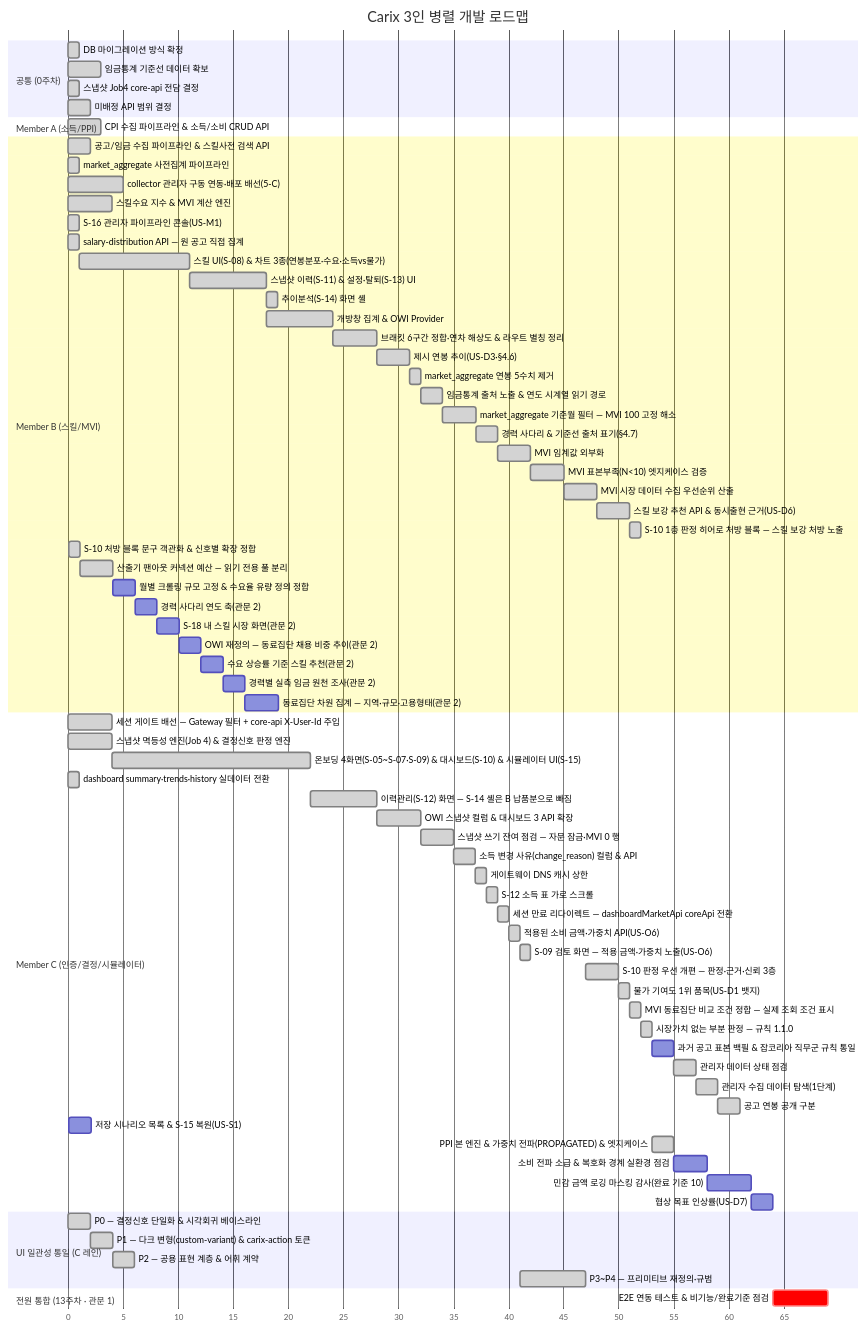
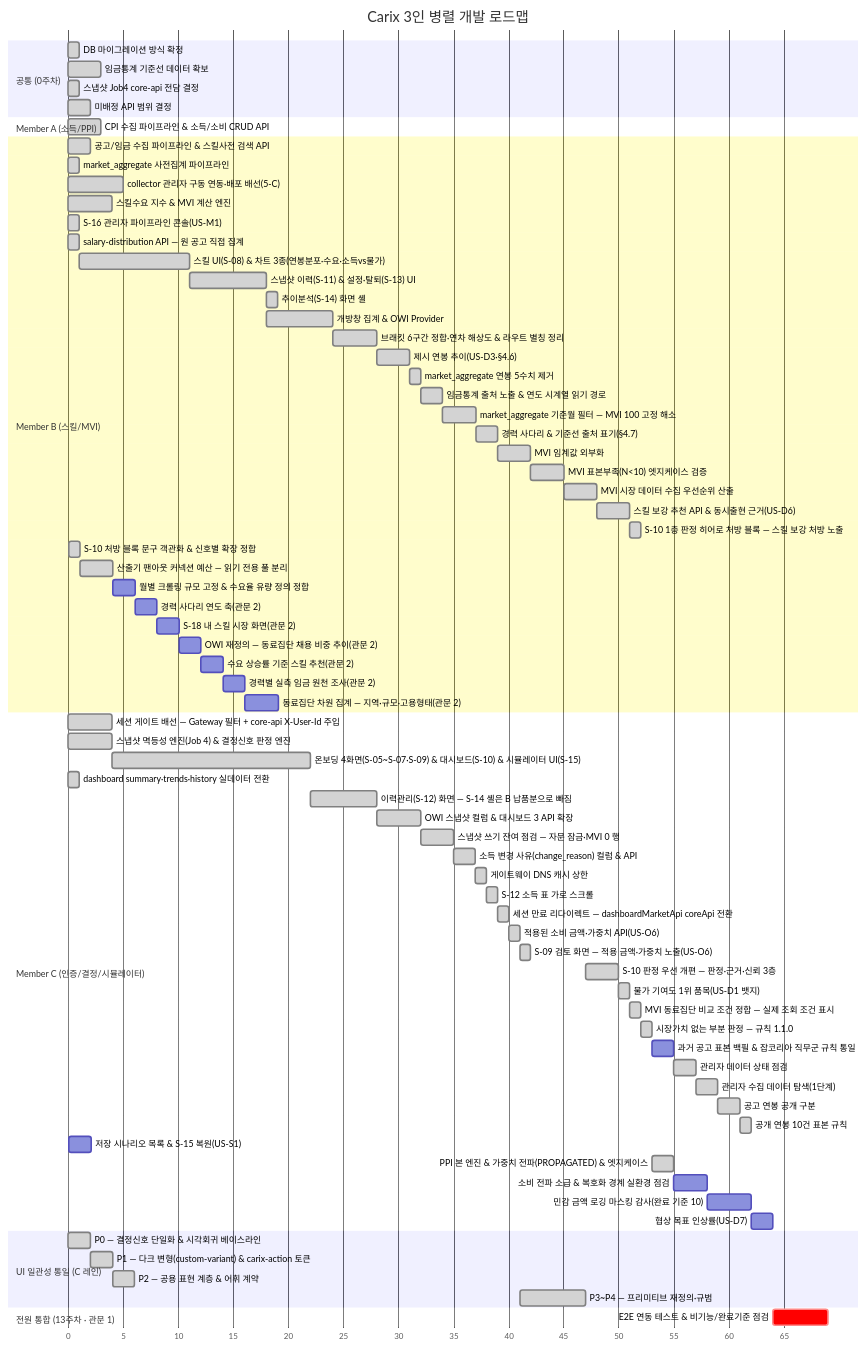
One commit to SeoHyeokGyu/Carix changed the first of 2 diagrams in docs/plans/carix-dev-plan.md. Above: the diagram before and after it, drawn with Mermaid. The commit also changed other lines of this file and 3 other files, not shown here.

````diff
--- a/docs/plans/carix-dev-plan.md
+++ b/docs/plans/carix-dev-plan.md
@@ -94,78 +94,79 @@
 ```mermaid
 gantt
     title Carix 3인 병렬 개발 로드맵
     dateFormat X
     axisFormat %s
     section 공통 (0주차)
     DB 마이그레이션 방식 확정 :done, c0a, 0, 1s
     임금통계 기준선 데이터 확보 :done, a0, 3, 3s
     스냅샷 Job4 core-api 전담 결정 :done, i0, 7, 1s
     미배정 API 범위 결정 :done, c0, 7, 2s
     section Member A (소득/PPI)
     CPI 수집 파이프라인 & 소득/소비 CRUD API :done, a1, 12, 3s
     section Member B (스킬/MVI)
     공고/임금 수집 파이프라인 & 스킬사전 검색 API :done, b1, 2, 2s
     market_aggregate 사전집계 파이프라인 :done, b2a, 3, 1s
     collector 관리자 구동 연동·배포 배선(5-C) :done, b0, 7, 5s
     스킬수요 지수 & MVI 계산 엔진 :done, b2, 8, 4s
     S-16 관리자 파이프라인 콘솔(US-M1) :done, b16, 14, 1s
     salary-distribution API — 원 공고 직접 집계 :done, b3a, 15, 1s
     스킬 UI(S-08) & 차트 3종(연봉분포·수요·소득vs물가) :done, b3, after b3a, 10s
     스냅샷 이력(S-11) & 설정·탈퇴(S-13) UI :done, b4, after b3, 7s
     추이분석(S-14) 화면 셸 :done, b4a, after b4, 1s
     개방창 집계 & OWI Provider :done, b6, after b4, 6s
     브래킷 6구간 정합·연차 해상도 & 라우트 별칭 정리 :done, b7, after b6, 4s
     제시 연봉 추이(US-D3·§4.6) :done, b10, after b7, 3s
     market_aggregate 연봉 5수치 제거 :done, b11, after b10, 1s
     임금통계 출처 노출 & 연도 시계열 읽기 경로 :done, b13, after b11, 2s
     market_aggregate 기준월 필터 — MVI 100 고정 해소 :done, b18, after b13, 3s
     경력 사다리 & 기준선 출처 표기(§4.7) :done, b12, after b18, 2s
     MVI 임계값 외부화 :done, b8, after b12, 3s
     MVI 표본부족(N<10) 엣지케이스 검증 :done, b8a, after b8, 3s
     MVI 시장 데이터 수집 우선순위 산출 :done, b8b, after b8a, 3s
     스킬 보강 추천 API & 동시출현 근거(US-D6) :done, b9, after b8b, 3s
     S-10 1층 판정 히어로 처방 블록 — 스킬 보강 처방 노출 :done, b15, after b9, 1s
     S-10 처방 블록 문구 객관화 & 신호별 확장 정합 :done, b20, 83, 1s
     산출기 팬아웃 커넥션 예산 — 읽기 전용 풀 분리 :done, b17, after b20, 3s
     월별 크롤링 규모 고정 & 수요율 유량 정의 정합 :b21, after b17, 2s
     경력 사다리 연도 축(관문 2) :b14, after b21, 2s
     S-18 내 스킬 시장 화면(관문 2) :b19, after b14, 2s
     OWI 재정의 — 동료집단 채용 비중 추이(관문 2) :b22, after b19, 2s
     수요 상승률 기준 스킬 추천(관문 2) :b23, after b22, 2s
     경력별 실측 임금 원천 조사(관문 2) :b24, after b23, 2s
     동료집단 차원 집계 — 지역·규모·고용형태(관문 2) :b25, after b24, 3s
     section Member C (인증/결정/시뮬레이터)
     세션 게이트 배선 — Gateway 필터 + core-api X-User-Id 주입 :done, c0b, 7, 4s
     스냅샷 멱등성 엔진(Job 4) & 결정신호 판정 엔진 :done, c2, 8, 4s
     온보딩 4화면(S-05~S-07·S-09) & 대시보드(S-10) & 시뮬레이터 UI(S-15) :done, c3, after c2, 18s
     dashboard summary·trends·history 실데이터 전환 :done, c4a, 15, 1s
     이력관리(S-12) 화면 — S-14 셸은 B 납품분으로 빠짐 :done, c4, after c3, 6s
     OWI 스냅샷 컬럼 & 대시보드 3 API 확장 :done, c6, after c4, 4s
     스냅샷 쓰기 잔여 점검 — 자문 잠금·MVI 0 행 :done, c5, after c6, 3s
     소득 변경 사유(change_reason) 컬럼 & API :done, c10, after c5, 2s
     게이트웨이 DNS 캐시 상한 :done, c7, after c10, 1s
     S-12 소득 표 가로 스크롤 :done, c13, after c7, 1s
     세션 만료 리다이렉트 — dashboardMarketApi coreApi 전환 :done, c16, after c13, 1s
     적용된 소비 금액·가중치 API(US-O6) :done, c11, after c16, 1s
     S-09 검토 화면 — 적용 금액·가중치 노출(US-O6) :done, c17, after c11, 1s
     S-10 판정 우선 개편 — 판정·근거·신뢰 3층 :done, c15, after ui3, 3s
     물가 기여도 1위 품목(US-D1 뱃지) :done, c12, after c15, 1s
     MVI 동료집단 비교 조건 정합 — 실제 조회 조건 표시 :done, c22, after c12, 1s
     시장가치 없는 부분 판정 — 규칙 1.1.0 :done, c23, after c22, 1s
     과거 공고 표본 백필 & 잡코리아 직무군 규칙 통일 :c24, after c23, 2s
     관리자 데이터 상태 점검 :done, c25, after c24, 2s
     관리자 수집 데이터 탐색(1단계) :done, c26, after c25, 2s
     공고 연봉 공개 구분 :done, c27, after c26, 2s
+    공개 연봉 10건 표본 규칙 :done, c28, after c27, 1s
     저장 시나리오 목록 & S-15 복원(US-S1) :c9, 83, 2s
     PPI 본 엔진 & 가중치 전파(PROPAGATED) & 엣지케이스 :done, a2, after c23, 2s
     소비 전파 소급 & 복호화 경계 실환경 점검 :a12, after a2 c9, 3s
     민감 금액 로깅 마스킹 감사(완료 기준 10) :a7, after a12, 4s
     협상 목표 인상률(US-D7) :c8, after a7, 2s
     section UI 일관성 통일 (C 레인)
     P0 — 결정신호 단일화 & 시각회귀 베이스라인 :done, ui0, 33, 2s
     P1 — 다크 변형(custom-variant) & carix-action 토큰 :done, ui1, after ui0, 2s
     P2 — 공용 표현 계층 & 어휘 계약 :done, ui2, after ui1, 2s
     P3~P4 — 프리미티브 재정의·규범 :done, ui3, after c11, 6s
     section 전원 통합 (13주차 · 관문 1)
     E2E 연동 테스트 & 비기능/완료기준 점검 :crit, e2e, after b21 c8, 5s
 ```
````
